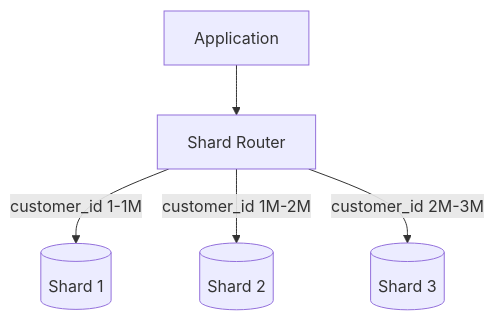
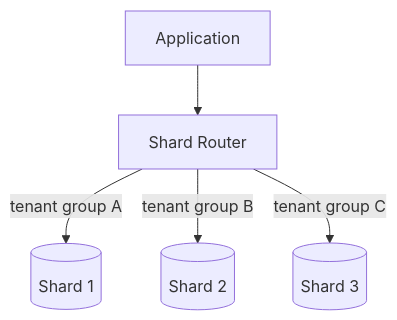
The seventh of 12 diagrams in src/content/databases/replication-sharding-partitioning.md (AvadhBhalodiya/Interview-Preparation), drawn with Mermaid before and after one commit. The commit also changed other lines of this file and 80 other files, not shown here.

````diff
--- a/src/content/databases/replication-sharding-partitioning.md
+++ b/src/content/databases/replication-sharding-partitioning.md
@@ -771,8 +518,7 @@
 ```mermaid
 flowchart TD
-    APP[Application] --> ROUTER[Shard Router]
-
-    ROUTER -->|customer_id 1-1M| S1[(Shard 1)]
-    ROUTER -->|customer_id 1M-2M| S2[(Shard 2)]
-    ROUTER -->|customer_id 2M-3M| S3[(Shard 3)]
+    APP[Application] --> R[Shard Router]
+    R -->|tenant group A| S1[(Shard 1)]
+    R -->|tenant group B| S2[(Shard 2)]
+    R -->|tenant group C| S3[(Shard 3)]
 ```
````
